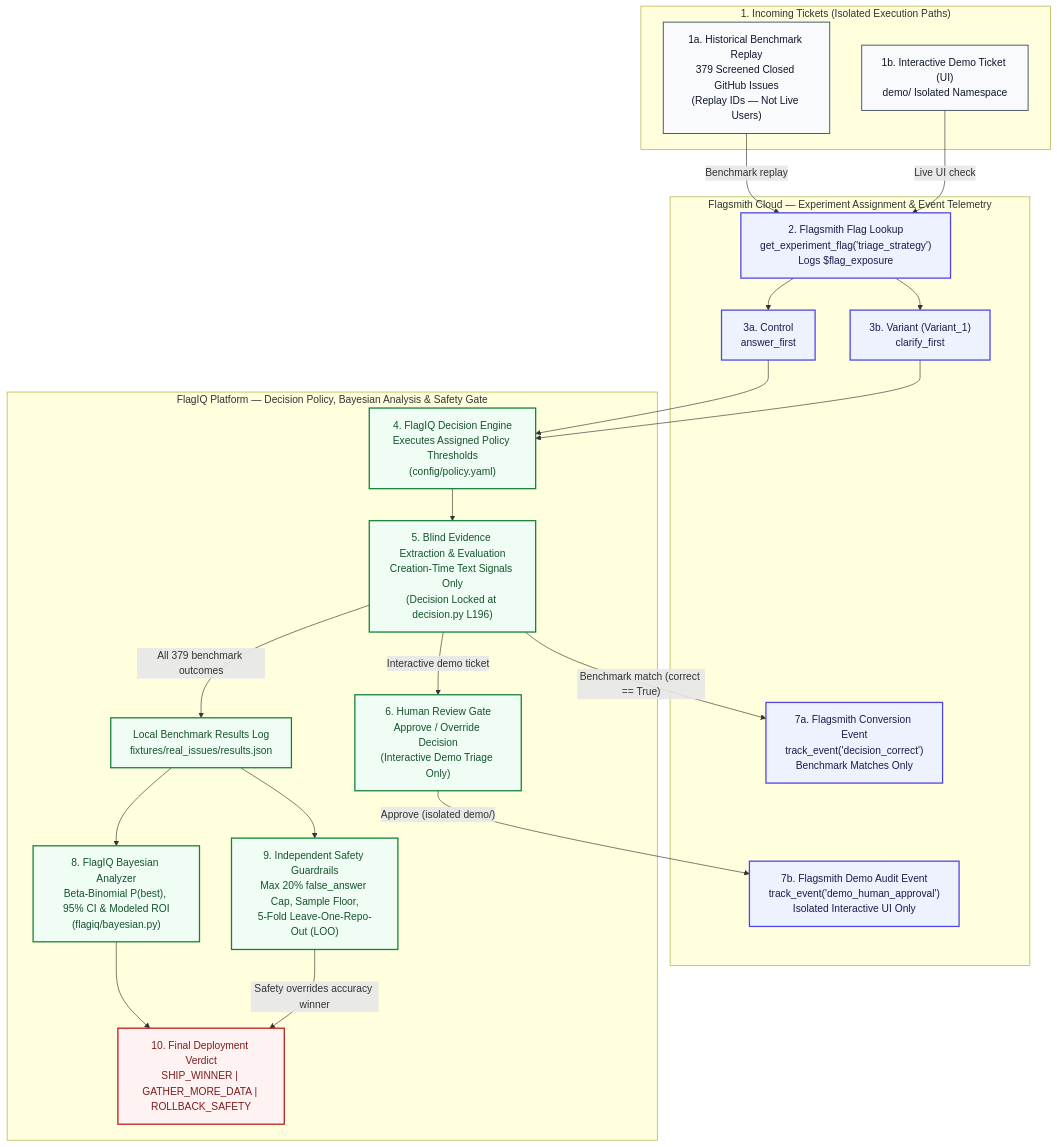
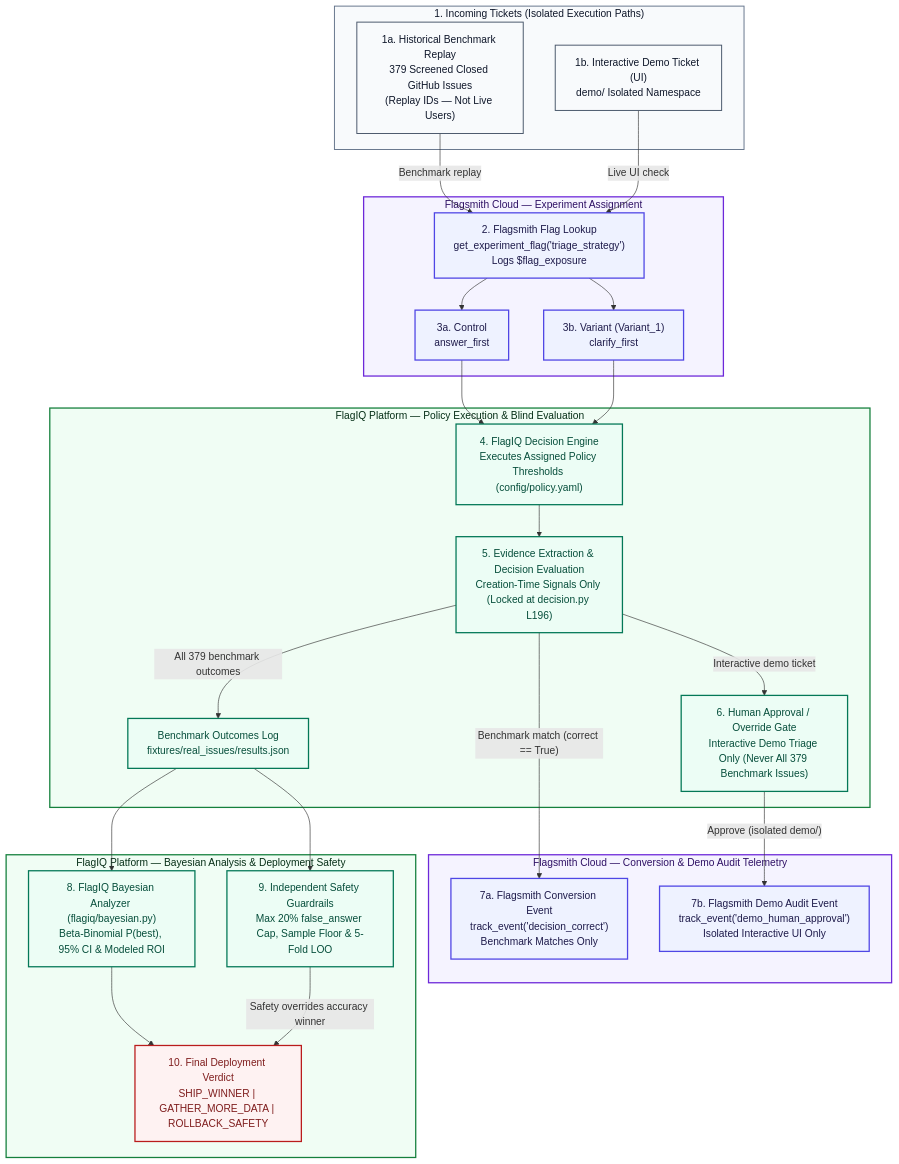
The diagram in README.md (CodeUltr0n/FlagIQ), drawn with Mermaid before and after one commit.

Commit message:
docs: refine FlagIQ x Flagsmith Mermaid layout and boundary styling

````diff
--- a/README.md
+++ b/README.md
@@ -38,51 +38,63 @@
 ```mermaid
 flowchart TD
     subgraph Sources["1. Incoming Tickets (Isolated Execution Paths)"]
         HIST["1a. Historical Benchmark Replay<br/>379 Screened Closed GitHub Issues<br/>(Replay IDs — Not Live Users)"]
         DEMO["1b. Interactive Demo Ticket (UI)<br/>demo/ Isolated Namespace"]
     end
 
-    subgraph FlagsmithCloud["Flagsmith Cloud — Experiment Assignment & Event Telemetry"]
+    subgraph FlagsmithAssign["Flagsmith Cloud — Experiment Assignment"]
         FLAG["2. Flagsmith Flag Lookup<br/>get_experiment_flag('triage_strategy')<br/>Logs $flag_exposure"]
         VAR_A["3a. Control<br/>answer_first"]
         VAR_B["3b. Variant (Variant_1)<br/>clarify_first"]
+    end
+
+    subgraph FlagIQTriage["FlagIQ Platform — Policy Execution & Blind Evaluation"]
+        DEC["4. FlagIQ Decision Engine<br/>Executes Assigned Policy Thresholds (config/policy.yaml)"]
+        EVID["5. Evidence Extraction & Decision Evaluation<br/>Creation-Time Signals Only (Locked at decision.py L196)"]
+        GATE["6. Human Approval / Override Gate<br/>Interactive Demo Triage Only (Never All 379 Benchmark Issues)"]
+        RESULTS["Benchmark Outcomes Log<br/>fixtures/real_issues/results.json"]
+    end
+
+    subgraph FlagsmithEvents["Flagsmith Cloud — Conversion & Demo Audit Telemetry"]
         CONV["7a. Flagsmith Conversion Event<br/>track_event('decision_correct')<br/>Benchmark Matches Only"]
         DEMO_EV["7b. Flagsmith Demo Audit Event<br/>track_event('demo_human_approval')<br/>Isolated Interactive UI Only"]
     end
 
-    subgraph FlagIQPlatform["FlagIQ Platform — Decision Policy, Bayesian Analysis & Safety Gate"]
-        DEC["4. FlagIQ Decision Engine<br/>Executes Assigned Policy Thresholds<br/>(config/policy.yaml)"]
-        EVID["5. Blind Evidence Extraction & Evaluation<br/>Creation-Time Text Signals Only<br/>(Decision Locked at decision.py L196)"]
-        GATE["6. Human Review Gate<br/>Approve / Override Decision<br/>(Interactive Demo Triage Only)"]
-        RESULTS["Local Benchmark Results Log<br/>fixtures/real_issues/results.json"]
-        BAYES["8. FlagIQ Bayesian Analyzer<br/>Beta-Binomial P(best), 95% CI & Modeled ROI<br/>(flagiq/bayesian.py)"]
-        SAFE["9. Independent Safety Guardrails<br/>Max 20% false_answer Cap, Sample Floor,<br/>5-Fold Leave-One-Repo-Out (LOO)"]
+    subgraph FlagIQGate["FlagIQ Platform — Bayesian Analysis & Deployment Safety"]
+        BAYES["8. FlagIQ Bayesian Analyzer (flagiq/bayesian.py)<br/>Beta-Binomial P(best), 95% CI & Modeled ROI"]
+        SAFE["9. Independent Safety Guardrails<br/>Max 20% false_answer Cap, Sample Floor & 5-Fold LOO"]
         VERDICT["10. Final Deployment Verdict<br/>SHIP_WINNER | GATHER_MORE_DATA | ROLLBACK_SAFETY"]
     end
 
     HIST -->|"Benchmark replay"| FLAG
     DEMO -->|"Live UI check"| FLAG
     FLAG --> VAR_A
     FLAG --> VAR_B
     VAR_A --> DEC
     VAR_B --> DEC
     DEC --> EVID
     EVID -->|"Benchmark match (correct == True)"| CONV
     EVID -->|"All 379 benchmark outcomes"| RESULTS
     EVID -->|"Interactive demo ticket"| GATE
     GATE -->|"Approve (isolated demo/)"| DEMO_EV
     RESULTS --> BAYES
     RESULTS --> SAFE
     BAYES --> VERDICT
     SAFE -->|"Safety overrides accuracy winner"| VERDICT
 
     classDef flagsmith fill:#eef2ff,stroke:#4f46e5,stroke-width:2px,color:#1e1b4b
-    classDef flagiq fill:#f0fdf4,stroke:#15803d,stroke-width:2px,color:#14532d
+    classDef flagiq fill:#ecfdf5,stroke:#047857,stroke-width:2px,color:#064e3b
     classDef source fill:#f8fafc,stroke:#475569,stroke-width:1.5px,color:#0f172a
     classDef verdict fill:#fef2f2,stroke:#b91c1c,stroke-width:2px,color:#7f1d1d
 
     class FLAG,VAR_A,VAR_B,CONV,DEMO_EV flagsmith
     class DEC,EVID,GATE,RESULTS,BAYES,SAFE flagiq
     class HIST,DEMO source
     class VERDICT verdict
+
+    style Sources fill:#f8fafc,stroke:#64748b,stroke-width:1.5px,color:#0f172a
+    style FlagsmithAssign fill:#f5f3ff,stroke:#6d28d9,stroke-width:2px,color:#2e1065
+    style FlagsmithEvents fill:#f5f3ff,stroke:#6d28d9,stroke-width:2px,color:#2e1065
+    style FlagIQTriage fill:#f0fdf4,stroke:#15803d,stroke-width:2px,color:#052e16
+    style FlagIQGate fill:#f0fdf4,stroke:#15803d,stroke-width:2px,color:#052e16
 ```
````
